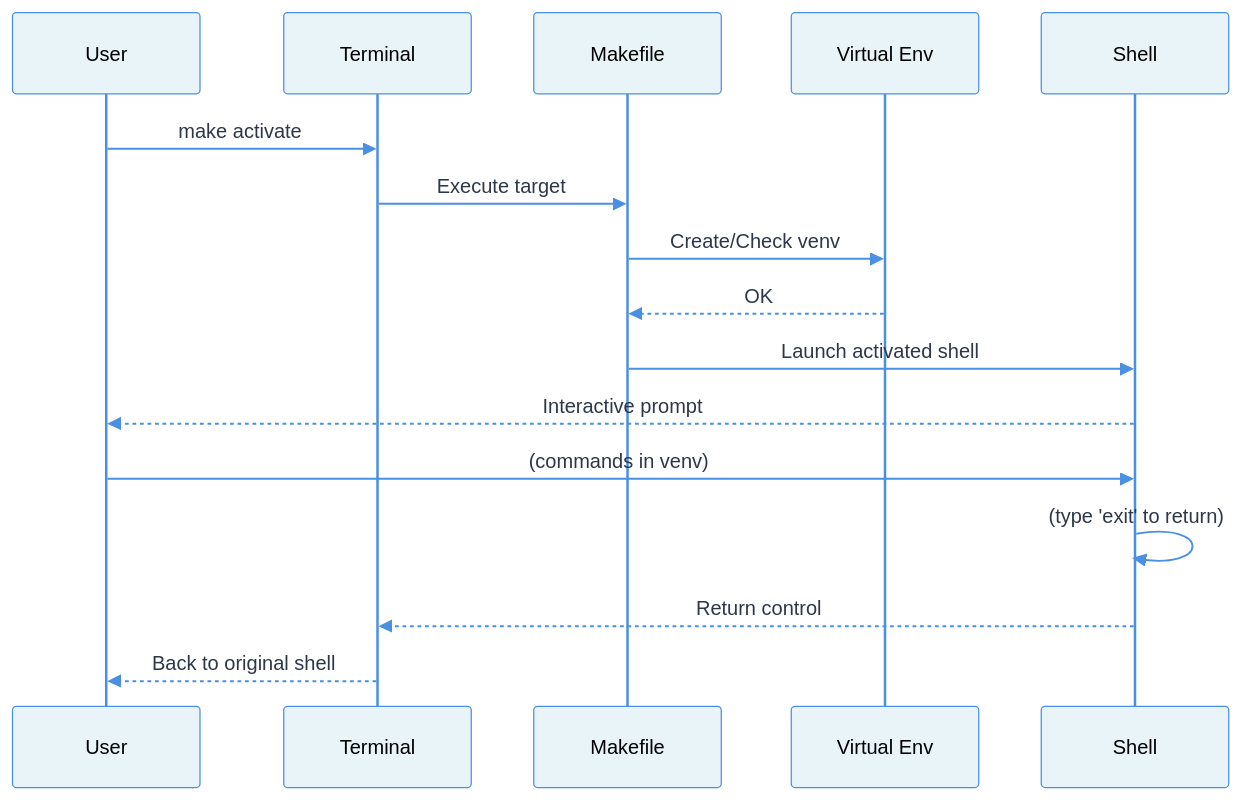
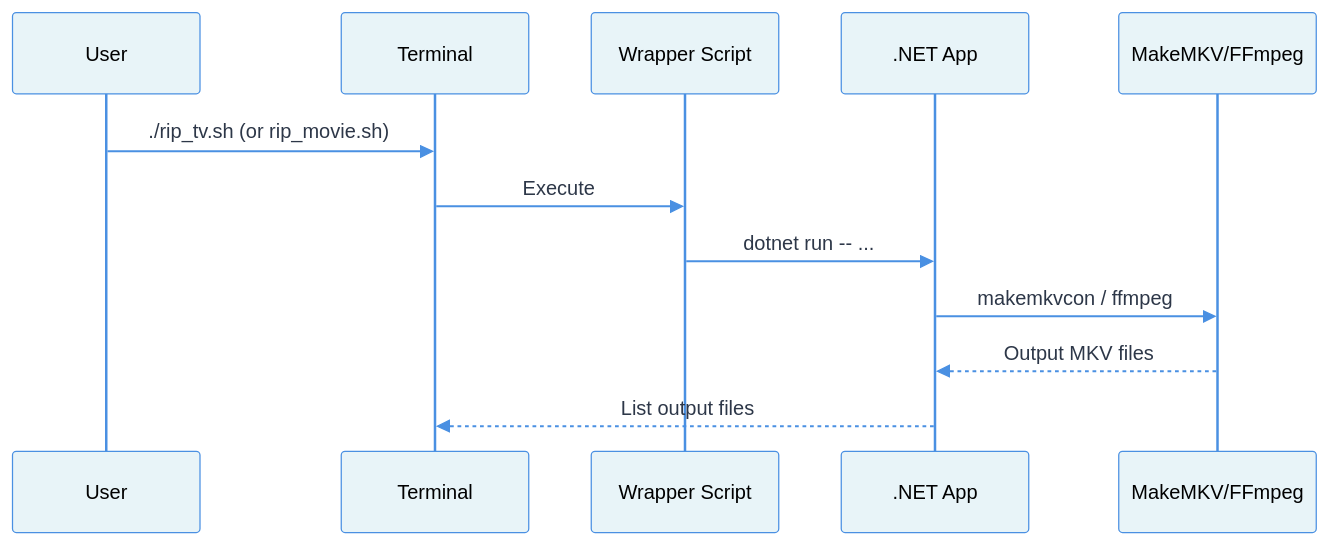
Before and after one commit to mapitman/media-encoding: the third of 3 diagrams in README.md, drawn with Mermaid. The commit also changed other lines of this file, not shown here.

First line of the commit message:
Update README for .NET app workflow

````diff
--- a/README.md
+++ b/README.md
@@ -382,20 +348,16 @@
 ```mermaid
 %%{init: {'theme':'base', 'themeVariables': { 'primaryColor':'#4a90e2','primaryTextColor':'#fff','primaryBorderColor':'#2e5c8a','lineColor':'#4a90e2','secondaryColor':'#82b366','tertiaryColor':'#f4a460','noteBkgColor':'#fff9e6','noteTextColor':'#000','noteBorderColor':'#d4a017','actorBkg':'#e8f4f8','actorBorder':'#4a90e2','actorTextColor':'#000','signalColor':'#4a90e2','signalTextColor':'#2d3748','labelBoxBkgColor':'#4a90e2','labelBoxBorderColor':'#2e5c8a','labelTextColor':'#fff','loopTextColor':'#2d3748','activationBorderColor':'#2e5c8a','activationBkgColor':'#c8e0f4','sequenceNumberColor':'#fff'}}}%%
 sequenceDiagram
-    participant User
-    participant Terminal
-    participant Makefile
-    participant Venv as Virtual Env
-    participant Shell
+   participant User
+   participant Terminal
+   participant Wrapper as Wrapper Script
+   participant App as .NET App
+   participant Tools as MakeMKV/FFmpeg
     
-    User->>Terminal: make activate
-    Terminal->>Makefile: Execute target
-    Makefile->>Venv: Create/Check venv
-    Venv-->>Makefile: OK
-    Makefile->>Shell: Launch activated shell
-    Shell-->>User: Interactive prompt
-    User->>Shell: (commands in venv)
-    Shell->>Shell: (type 'exit' to return)
-    Shell-->>Terminal: Return control
-    Terminal-->>User: Back to original shell
+   User->>Terminal: ./rip_tv.sh (or rip_movie.sh)
+   Terminal->>Wrapper: Execute
+   Wrapper->>App: dotnet run -- ...
+   App->>Tools: makemkvcon / ffmpeg
+   Tools-->>App: Output MKV files
+   App-->>Terminal: List output files
 ```
````
